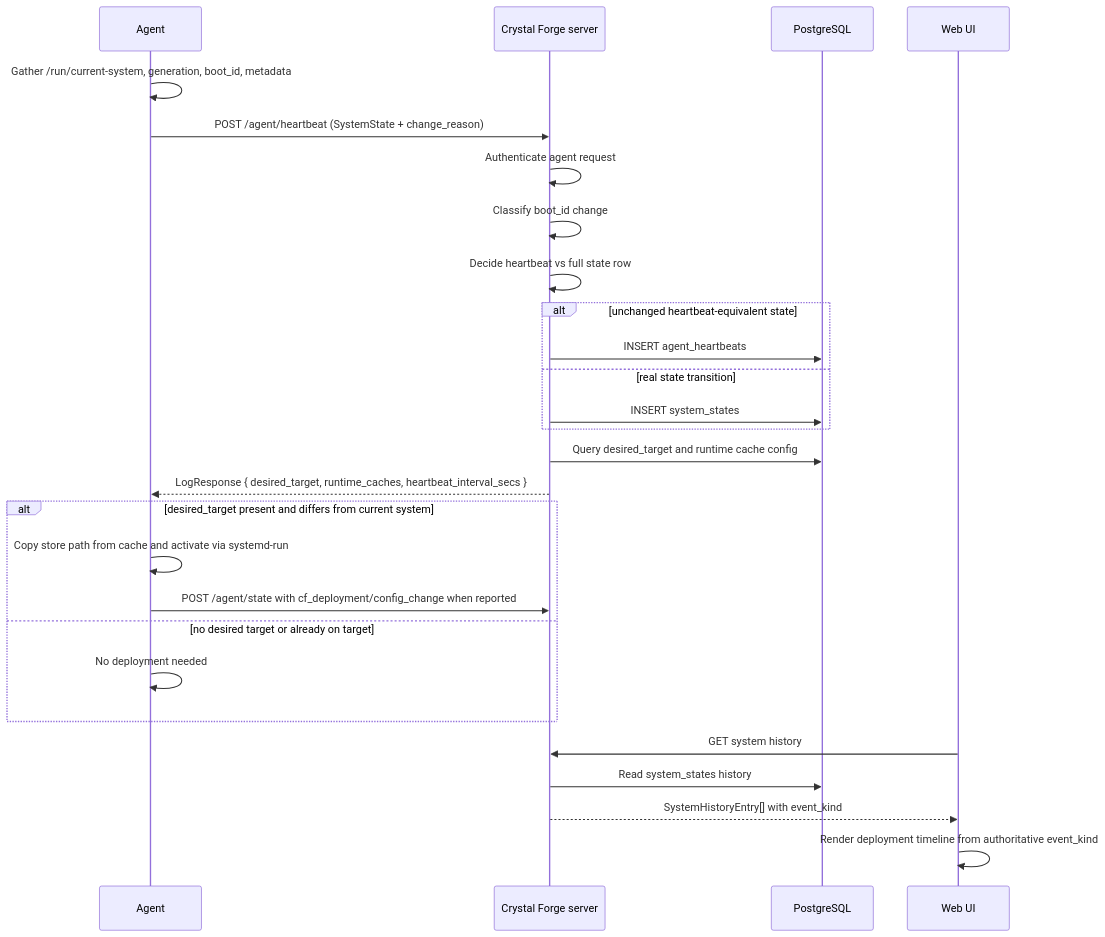
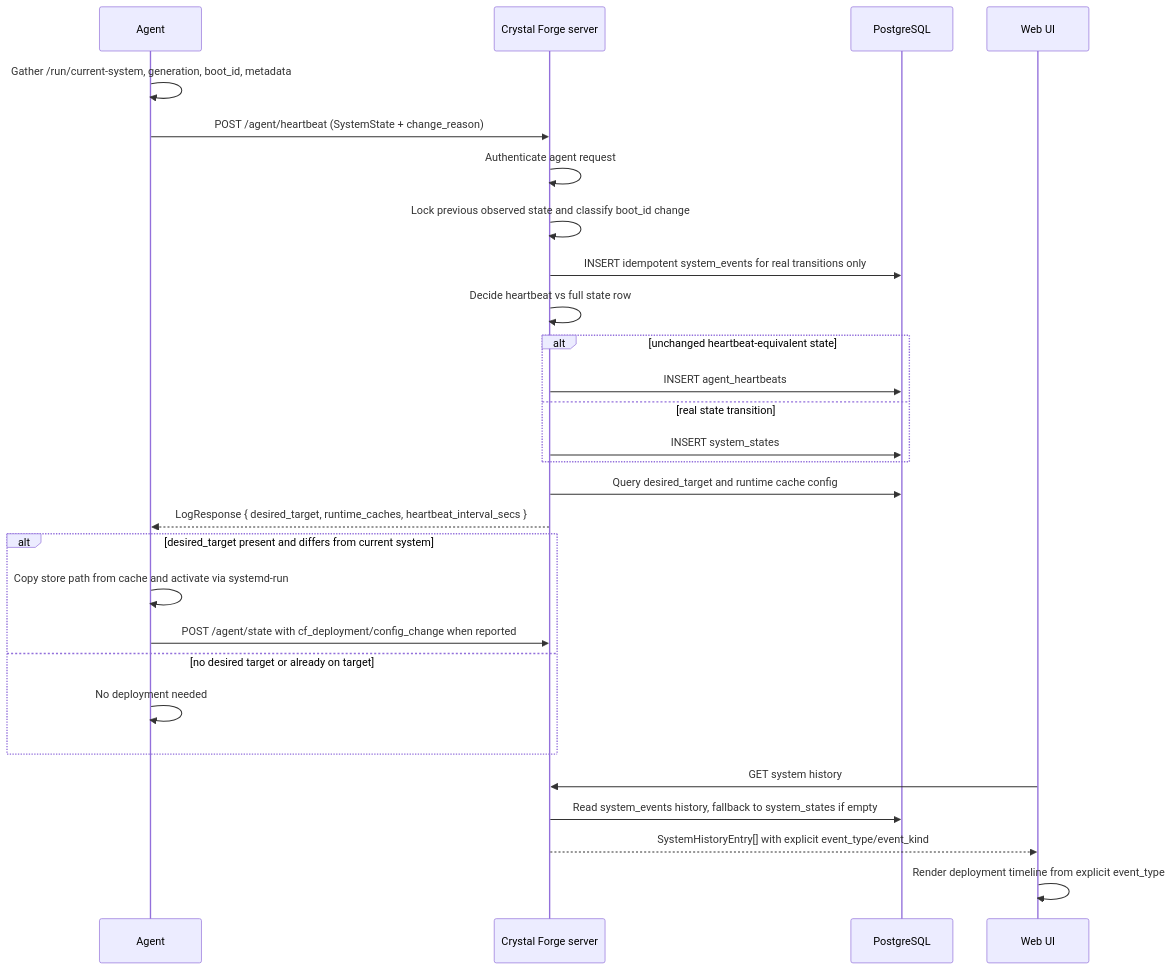
The first of 4 diagrams in docs/agent-heartbeat-state-history.md (usmcamp0811/crystal-forge), drawn with Mermaid before and after one commit. The commit also changed other lines of this file and 13 other files, not shown here.

First line of the commit message:
feat: introduce authoritative system_events timeline for Deployment History

````diff
--- a/docs/agent-heartbeat-state-history.md
+++ b/docs/agent-heartbeat-state-history.md
@@ -27,30 +31,31 @@
 ```mermaid
 sequenceDiagram
     participant Agent
     participant Server as Crystal Forge server
     participant DB as PostgreSQL
     participant UI as Web UI
 
     Agent->>Agent: Gather /run/current-system, generation, boot_id, metadata
     Agent->>Server: POST /agent/heartbeat (SystemState + change_reason)
     Server->>Server: Authenticate agent request
-    Server->>Server: Classify boot_id change
+    Server->>Server: Lock previous observed state and classify boot_id change
+    Server->>DB: INSERT idempotent system_events for real transitions only
     Server->>Server: Decide heartbeat vs full state row
     alt unchanged heartbeat-equivalent state
         Server->>DB: INSERT agent_heartbeats
     else real state transition
         Server->>DB: INSERT system_states
     end
     Server->>DB: Query desired_target and runtime cache config
     Server-->>Agent: LogResponse { desired_target, runtime_caches, heartbeat_interval_secs }
     alt desired_target present and differs from current system
         Agent->>Agent: Copy store path from cache and activate via systemd-run
         Agent->>Server: POST /agent/state with cf_deployment/config_change when reported
     else no desired target or already on target
         Agent->>Agent: No deployment needed
     end
     UI->>Server: GET system history
-    Server->>DB: Read system_states history
-    Server-->>UI: SystemHistoryEntry[] with event_kind
-    UI->>UI: Render deployment timeline from authoritative event_kind
+    Server->>DB: Read system_events history, fallback to system_states if empty
+    Server-->>UI: SystemHistoryEntry[] with explicit event_type/event_kind
+    UI->>UI: Render deployment timeline from explicit event_type
 ```
````
